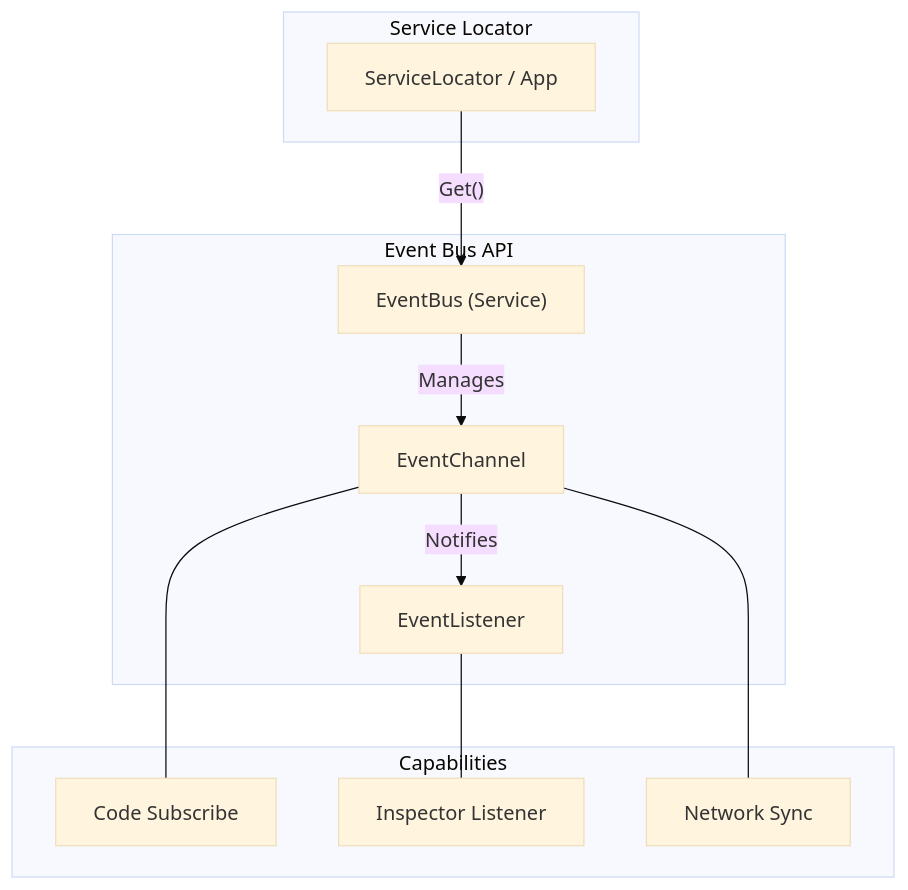
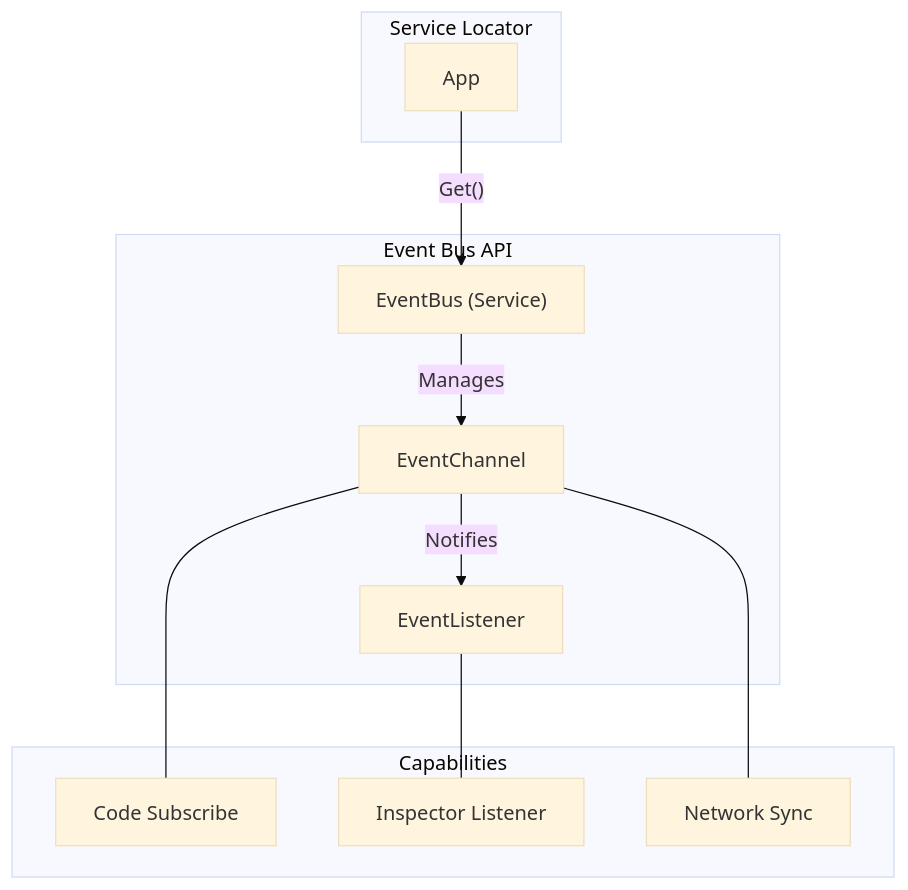
Before and after one commit to eraflo/Catalyst: the first of 2 diagrams in Documentation~/Modules/EventBus.md, drawn with Mermaid (base theme). The commit also changed other lines of this file, not shown here.

Commit message:
doc: update event bus module doc

````diff
--- a/Documentation~/Modules/EventBus.md
+++ b/Documentation~/Modules/EventBus.md
@@ -81,26 +115,26 @@
 ```mermaid
 graph TB
-    subgraph "Service Locator"
-        SL["ServiceLocator / App"]
+    subgraph Service Locator
+        SL["App"]
     end
 
-    subgraph "Event Bus API"
+    subgraph Event Bus API
         EB["EventBus (Service)"]
         EC["EventChannel"]
         EL["EventListener"]
     end
 
-    subgraph "Capabilities"
+    subgraph Capabilities
         Code["Code Subscribe"]
         Insp["Inspector Listener"]
         Net["Network Sync"]
     end
 
-    SL -- "Get<EventBus>()" --> EB
-    EB -- "Manages" --> EC
-    EC -- "Notifies" --> EL
+    SL -->|"Get<EventBus>()"| EB
+    EB -->|Manages| EC
+    EC -->|Notifies| EL
     
     EC --- Code
     EL --- Insp
     EC --- Net
 ```
````
